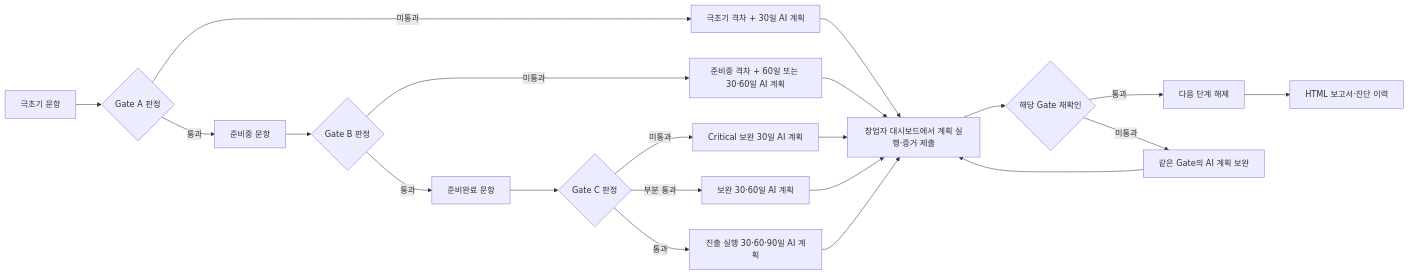
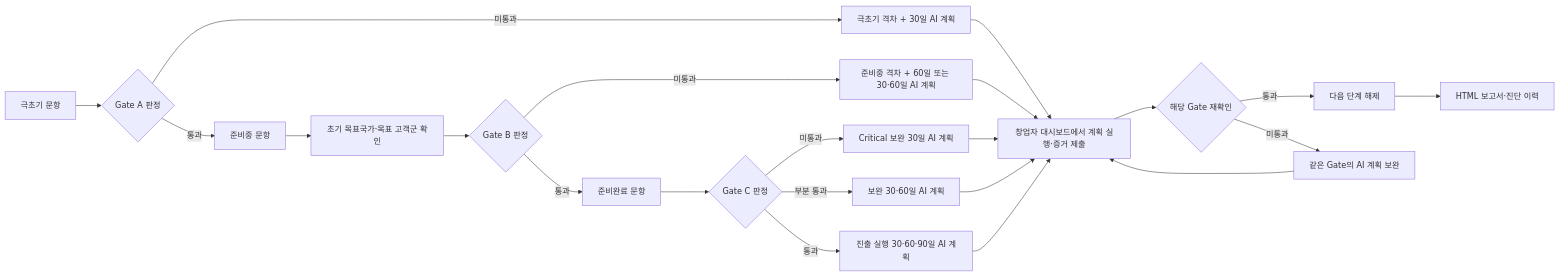
One commit to ky17824/ai-coding changed the diagram in .omx/plans/2026-08-10-progressive-gate-ai-assistant.md. Above: the diagram before and after it, drawn with Mermaid. The commit also changed other lines of this file and 19 other files, not shown here.

````diff
--- a/.omx/plans/2026-08-10-progressive-gate-ai-assistant.md
+++ b/.omx/plans/2026-08-10-progressive-gate-ai-assistant.md
@@ -50,23 +58,24 @@
 ```mermaid
 flowchart LR
   A["극초기 문항"] --> B{"Gate A 판정"}
   B -->|"미통과"| C["극초기 격차 + 30일 AI 계획"]
   B -->|"통과"| D["준비중 문항"]
-  D --> E{"Gate B 판정"}
+  D --> T["초기 목표국가·목표 고객군 확인"]
+  T --> E{"Gate B 판정"}
   E -->|"미통과"| F["준비중 격차 + 60일 또는 30·60일 AI 계획"]
   E -->|"통과"| G["준비완료 문항"]
   G --> H{"Gate C 판정"}
   H -->|"미통과"| I["Critical 보완 30일 AI 계획"]
   H -->|"부분 통과"| J["보완 30·60일 AI 계획"]
   H -->|"통과"| K["진출 실행 30·60·90일 AI 계획"]
   C --> L["창업자 대시보드에서 계획 실행·증거 제출"]
   F --> L
   I --> L
   J --> L
   K --> L
   L --> M{"해당 Gate 재확인"}
   M -->|"통과"| N["다음 단계 해제"]
   M -->|"미통과"| O["같은 Gate의 AI 계획 보완"]
   N --> P["HTML 보고서·진단 이력"]
   O --> L
 ```
````
